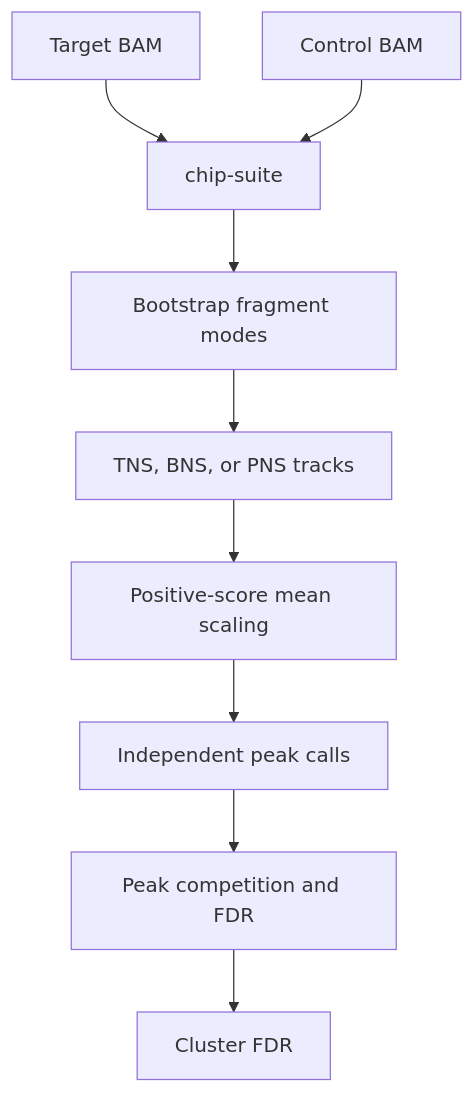
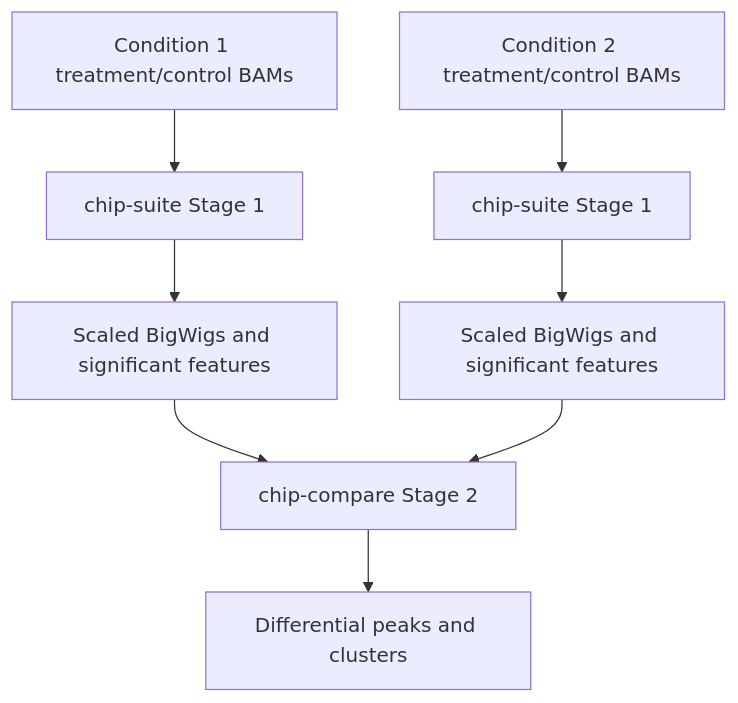
One commit to adjohnston85/NucleoSuite changed the fourth of 18 diagrams in docs/WORKFLOWS.md. Above: the diagram before and after it, drawn with Mermaid. The commit also changed other lines of this file and 28 other files, not shown here.

````diff
--- a/docs/WORKFLOWS.md
+++ b/docs/WORKFLOWS.md
@@ -92,11 +92,10 @@
 ```mermaid
 flowchart TB
-    A[Target BAM] --> C[chip-suite]
-    B[Control BAM] --> C
-    C --> D[Bootstrap fragment modes]
-    D --> E[TNS, BNS, or PNS tracks]
-    E --> F[Positive-score mean scaling]
-    F --> G[Independent peak calls]
-    G --> H[Peak competition and FDR]
-    H --> I[Cluster FDR]
+    A[Condition 1 treatment/control BAMs] --> B[chip-suite Stage 1]
+    B --> C[Scaled BigWigs and significant features]
+    D[Condition 2 treatment/control BAMs] --> E[chip-suite Stage 1]
+    E --> F[Scaled BigWigs and significant features]
+    C --> G[chip-compare Stage 2]
+    F --> G
+    G --> H[Differential peaks and clusters]
 ```
````
